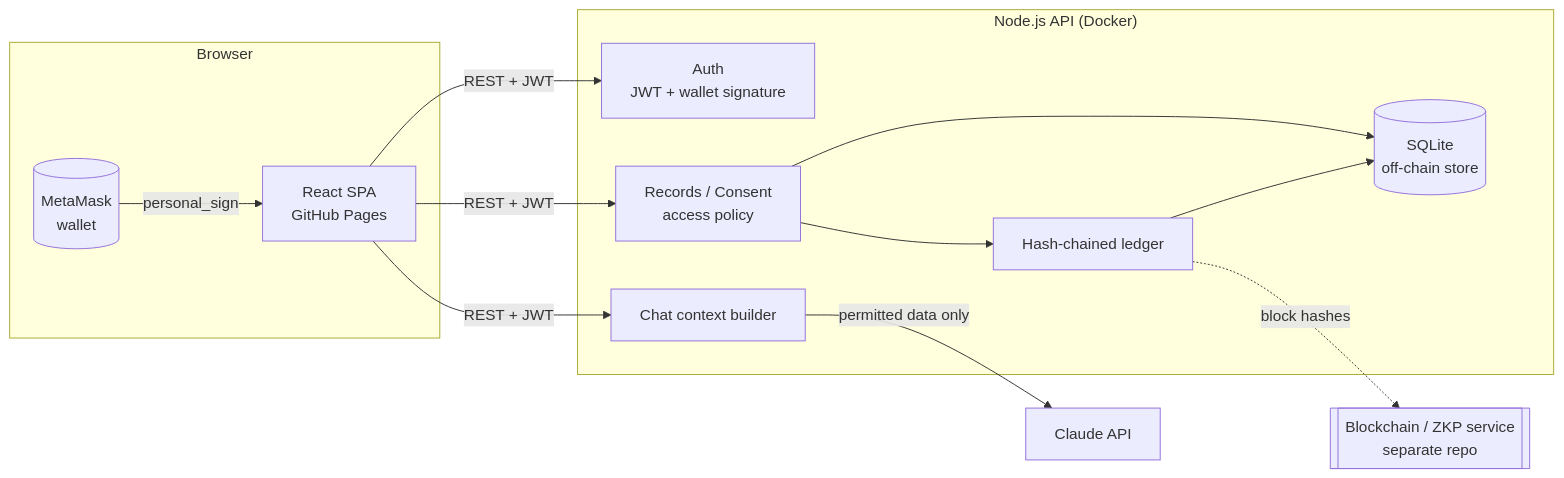
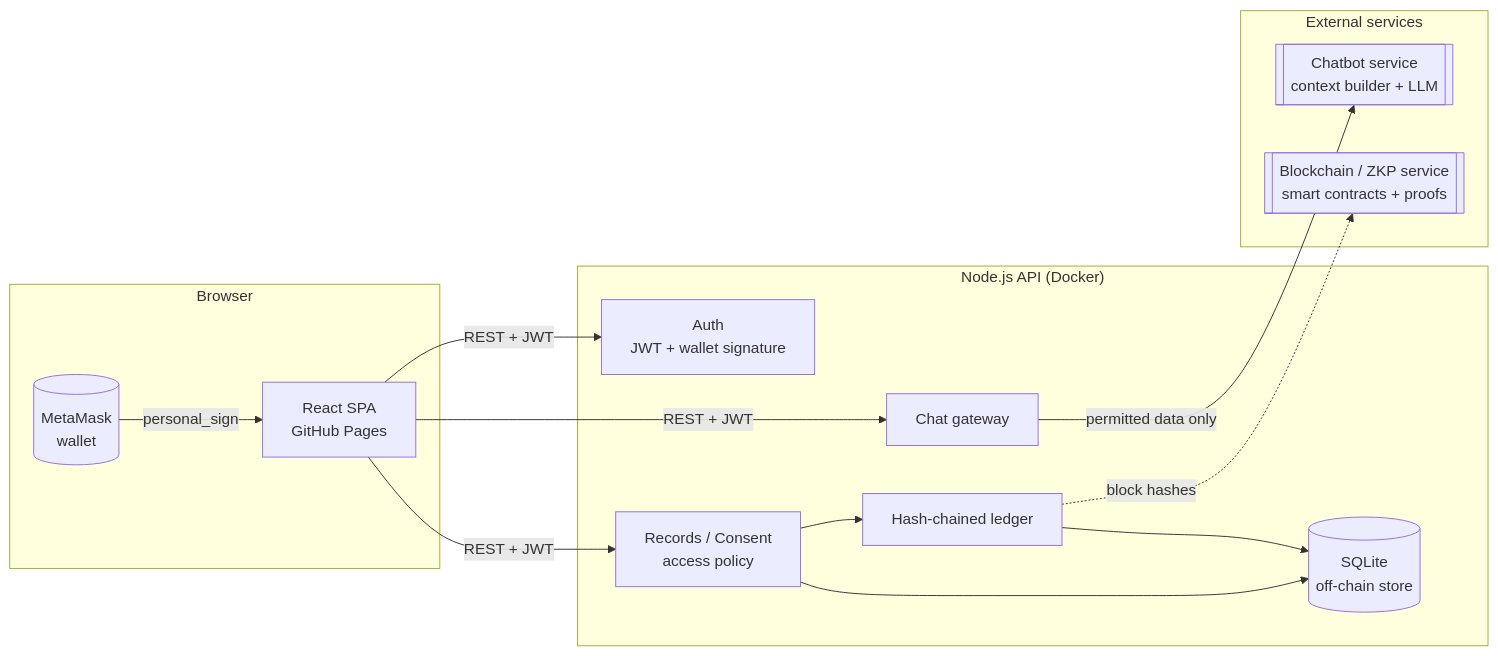
The diagram in README.md (InnovHer-Competition/sharing-app), drawn with Mermaid before and after one commit. The commit also changed other lines of this file, not shown here.

````diff
--- a/README.md
+++ b/README.md
@@ -22,24 +22,26 @@
 ```mermaid
 flowchart LR
   subgraph Browser
     W[React SPA<br/>GitHub Pages]
     MM[(MetaMask<br/>wallet)]
   end
   subgraph API["Node.js API (Docker)"]
     A[Auth<br/>JWT + wallet signature]
     R[Records / Consent<br/>access policy]
-    C[Chat context builder]
+    G[Chat gateway]
     L[Hash-chained ledger]
     DB[(SQLite<br/>off-chain store)]
   end
-  CL[Claude API]
-  BC[[Blockchain / ZKP service<br/>separate repo]]
+  subgraph Services["External services"]
+    CB[[Chatbot service<br/>context builder + LLM]]
+    BC[[Blockchain / ZKP service<br/>smart contracts + proofs]]
+  end
 
-  W -- REST + JWT --> A & R & C
+  W -- REST + JWT --> A & R & G
   MM -- personal_sign --> W
   R --> DB
   R --> L
   L --> DB
-  C -- permitted data only --> CL
+  G -- permitted data only --> CB
   L -. block hashes .-> BC
 ```
````
